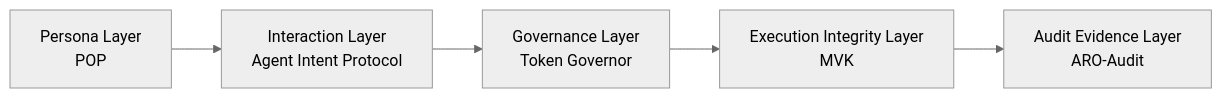
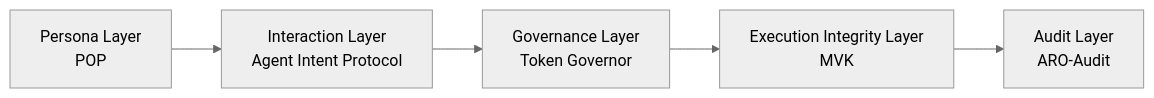
The diagram in README.md (joy7758/joy7758), drawn with Mermaid (neutral theme) before and after one commit. The commit also changed other lines of this file and 3 other files, not shown here.

````diff
--- a/README.md
+++ b/README.md
@@ -17,7 +76,7 @@
 ```mermaid
 flowchart LR
     Persona["Persona Layer<br>POP"] --> Interaction["Interaction Layer<br>Agent Intent Protocol"]
     Interaction --> Governance["Governance Layer<br>Token Governor"]
     Governance --> Execution["Execution Integrity Layer<br>MVK"]
-    Execution --> Audit["Audit Evidence Layer<br>ARO-Audit"]
+    Execution --> Audit["Audit Layer<br>ARO-Audit"]
 ```
````
